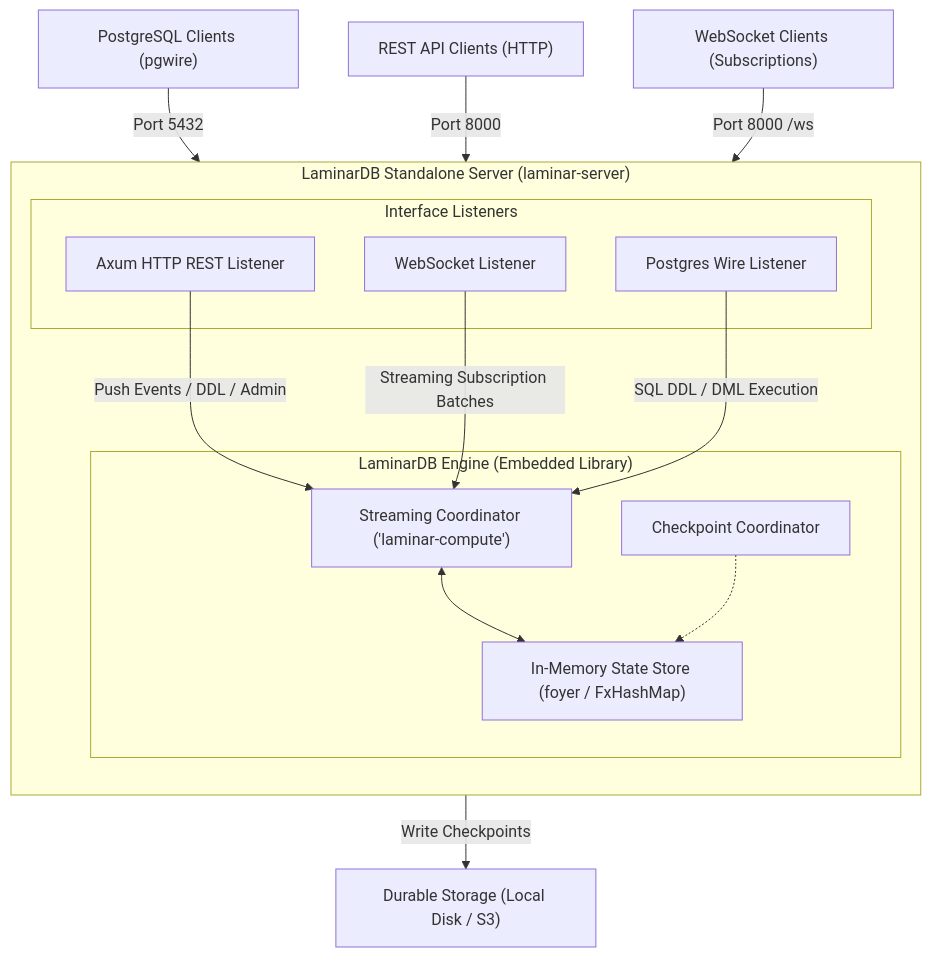
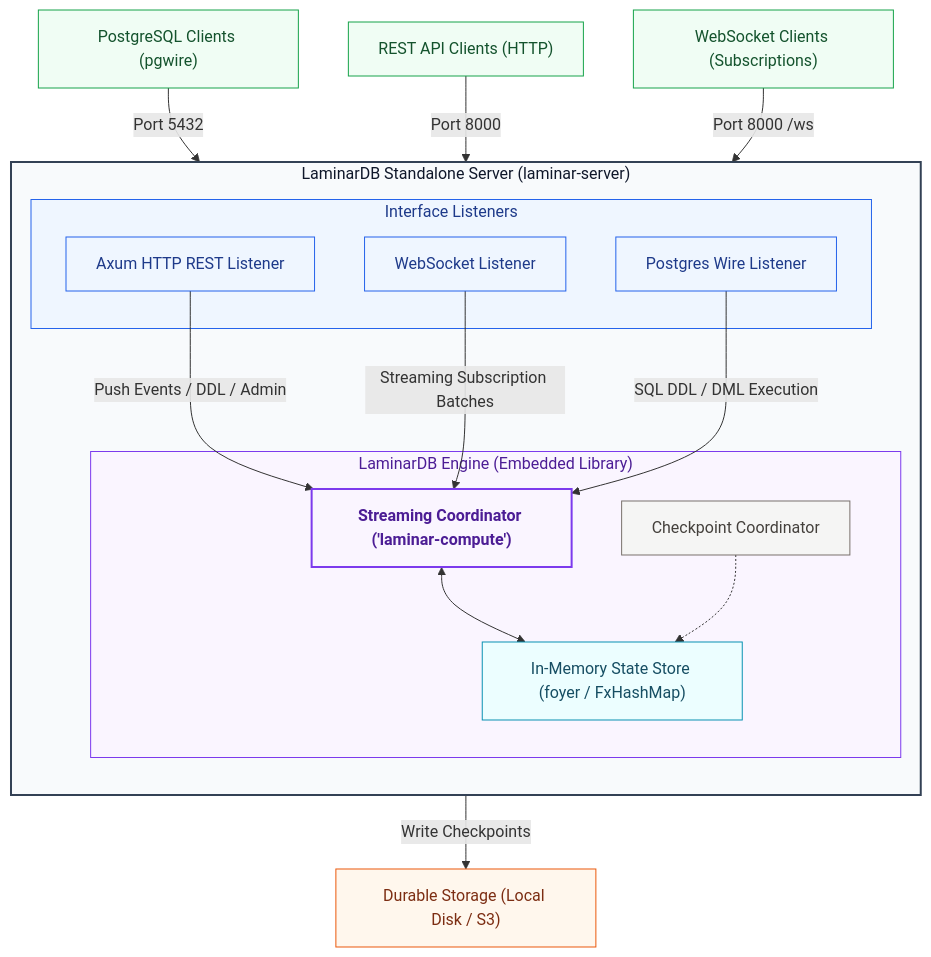
One commit to laminardb/laminardb changed the third of 5 diagrams in README.md. Above: the diagram before and after it, drawn with Mermaid. The commit also changed other lines of this file, not shown here.

Commit message:
docs: style architecture diagrams with colors and custom classes

````diff
--- a/README.md
+++ b/README.md
@@ -501,32 +517,43 @@
 ```mermaid
 graph TD
-    Client1["PostgreSQL Clients (pgwire)"]
-    Client2["REST API Clients (HTTP)"]
-    Client3["WebSocket Clients (Subscriptions)"]
+    classDef clientClass fill:#f0fdf4,stroke:#16a34a,stroke-width:1px,color:#14532d;
+    classDef portClass fill:#eff6ff,stroke:#2563eb,stroke-width:1px,color:#1e3a8a;
+    classDef coordClass fill:#faf5ff,stroke:#7c3aed,stroke-width:2px,color:#4c1d95,font-weight:bold;
+    classDef stateClass fill:#ecfeff,stroke:#0891b2,stroke-width:1px,color:#164e63;
+    classDef checkpointClass fill:#f5f5f4,stroke:#78716c,stroke-width:1px,color:#44403c;
+    classDef storageClass fill:#fff7ed,stroke:#ea580c,stroke-width:1px,color:#7c2d12;
+
+    Client1["PostgreSQL Clients (pgwire)"]:::clientClass
+    Client2["REST API Clients (HTTP)"]:::clientClass
+    Client3["WebSocket Clients (Subscriptions)"]:::clientClass
     
     subgraph Server["LaminarDB Standalone Server (laminar-server)"]
         direction TB
         subgraph Ports["Interface Listeners"]
-            REST["Axum HTTP REST Listener"]
-            WS["WebSocket Listener"]
-            PgWire["Postgres Wire Listener"]
+            REST["Axum HTTP REST Listener"]:::portClass
+            WS["WebSocket Listener"]:::portClass
+            PgWire["Postgres Wire Listener"]:::portClass
         end
         
         subgraph Engine["LaminarDB Engine (Embedded Library)"]
-            Coord["Streaming Coordinator ('laminar-compute')"]
-            State["In-Memory State Store (foyer / FxHashMap)"]
-            Checkpoint["Checkpoint Coordinator"]
+            Coord["Streaming Coordinator ('laminar-compute')"]:::coordClass
+            State["In-Memory State Store (foyer / FxHashMap)"]:::stateClass
+            Checkpoint["Checkpoint Coordinator"]:::checkpointClass
             Coord <--> State
             Checkpoint -.-> State
         end
         
         REST -->|Push Events / DDL / Admin| Coord
         WS -->|Streaming Subscription Batches| Coord
         PgWire -->|SQL DDL / DML Execution| Coord
     end
     
     Client1 -->|Port 5432| PgWire
     Client2 -->|Port 8000| REST
     Client3 -->|Port 8000 /ws| WS
-    Checkpoint -->|Write Checkpoints| Storage["Durable Storage (Local Disk / S3)"]
+    Checkpoint -->|Write Checkpoints| Storage["Durable Storage (Local Disk / S3)"]:::storageClass
+
+    style Server fill:#f8fafc,stroke:#334155,stroke-width:2px,color:#0f172a
+    style Ports fill:#eff6ff,stroke:#2563eb,color:#1e3a8a
+    style Engine fill:#faf5ff,stroke:#7c3aed,color:#4c1d95
 ```
````
